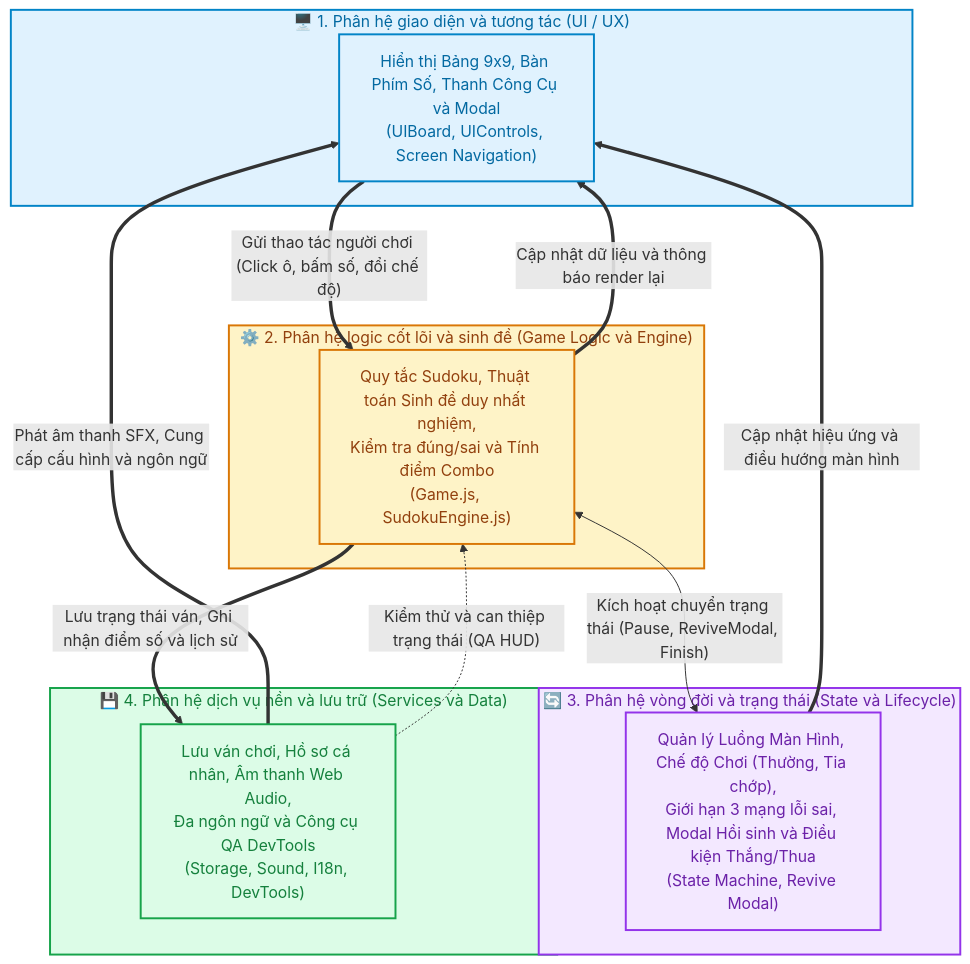
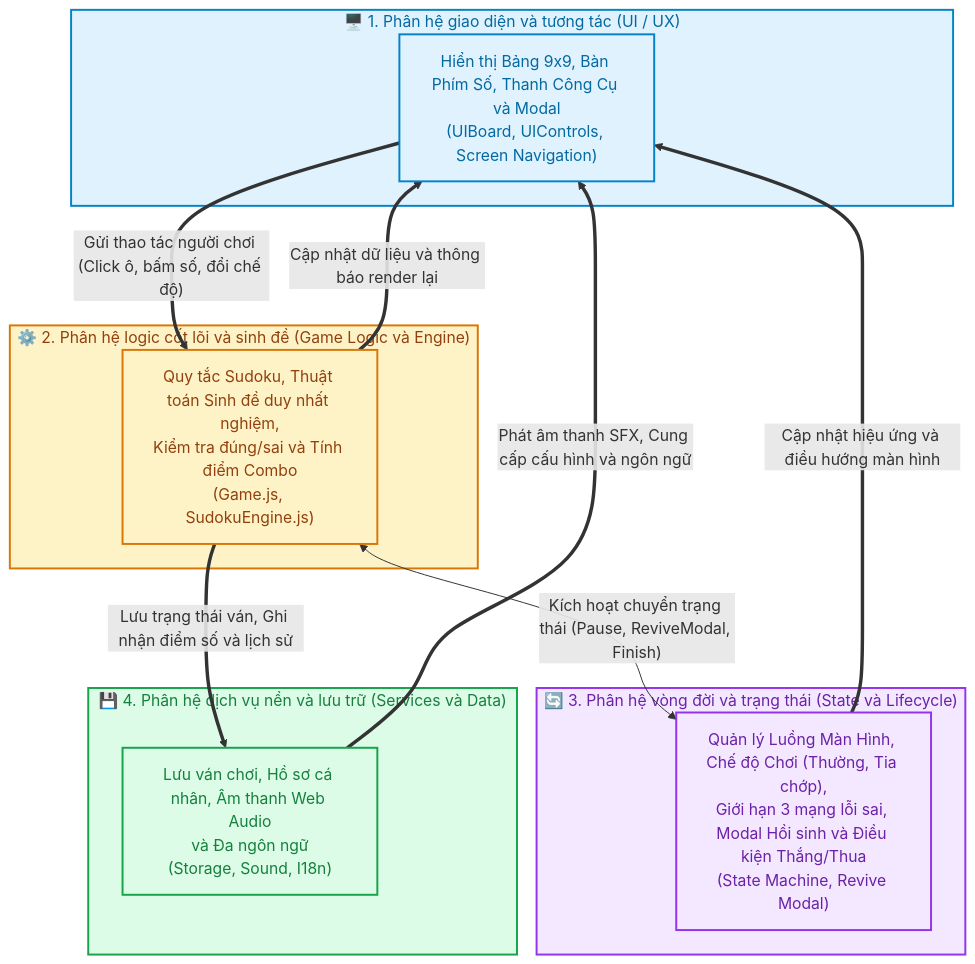
The diagram in docs/README.md (Jhanh/Sudoku_game), drawn with Mermaid before and after one commit. The commit also changed 3 other files, not shown here.

````diff
--- a/docs/README.md
+++ b/docs/README.md
@@ -13,39 +13,38 @@
 ```mermaid
 flowchart TB
     %% Định nghĩa màu sắc phân hệ
     classDef domainUI fill:#E0F2FE,stroke:#0284C7,stroke-width:2px,color:#0369A1;
     classDef domainLogic fill:#FEF3C7,stroke:#D97706,stroke-width:2px,color:#92400E;
     classDef domainState fill:#F3E8FF,stroke:#9333EA,stroke-width:2px,color:#6B21A8;
     classDef domainService fill:#DCFCE7,stroke:#16A34A,stroke-width:2px,color:#15803D;
 
     subgraph SUB_UI ["🖥️ 1. Phân hệ giao diện và tương tác (UI / UX)"]
         UI_BOX["Hiển thị Bảng 9x9, Bàn Phím Số, Thanh Công Cụ và Modal<br/>(UIBoard, UIControls, Screen Navigation)"]
     end
     class SUB_UI,UI_BOX domainUI;
 
     subgraph SUB_LOGIC ["⚙️ 2. Phân hệ logic cốt lõi và sinh đề (Game Logic và Engine)"]
         LOGIC_BOX["Quy tắc Sudoku, Thuật toán Sinh đề duy nhất nghiệm,<br/>Kiểm tra đúng/sai và Tính điểm Combo<br/>(Game.js, SudokuEngine.js)"]
     end
     class SUB_LOGIC,LOGIC_BOX domainLogic;
 
     subgraph SUB_STATE ["🔄 3. Phân hệ vòng đời và trạng thái (State và Lifecycle)"]
         STATE_BOX["Quản lý Luồng Màn Hình, Chế độ Chơi (Thường, Tia chớp),<br/>Giới hạn 3 mạng lỗi sai, Modal Hồi sinh và Điều kiện Thắng/Thua<br/>(State Machine, Revive Modal)"]
     end
     class SUB_STATE,STATE_BOX domainState;
 
     subgraph SUB_SERV ["💾 4. Phân hệ dịch vụ nền và lưu trữ (Services và Data)"]
-        SERV_BOX["Lưu ván chơi, Hồ sơ cá nhân, Âm thanh Web Audio,<br/>Đa ngôn ngữ và Công cụ QA DevTools<br/>(Storage, Sound, I18n, DevTools)"]
+        SERV_BOX["Lưu ván chơi, Hồ sơ cá nhân, Âm thanh Web Audio<br/>và Đa ngôn ngữ<br/>(Storage, Sound, I18n)"]
     end
     class SUB_SERV,SERV_BOX domainService;
 
     %% Luồng liên kết giữa các phân hệ
     UI_BOX ==>|"Gửi thao tác người chơi (Click ô, bấm số, đổi chế độ)"| LOGIC_BOX
     LOGIC_BOX ==>|"Cập nhật dữ liệu và thông báo render lại"| UI_BOX
 
     LOGIC_BOX <-->|"Kích hoạt chuyển trạng thái (Pause, ReviveModal, Finish)"| STATE_BOX
     STATE_BOX ==>|"Cập nhật hiệu ứng và điều hướng màn hình"| UI_BOX
 
     LOGIC_BOX ==>|"Lưu trạng thái ván, Ghi nhận điểm số và lịch sử"| SERV_BOX
     SERV_BOX ==>|"Phát âm thanh SFX, Cung cấp cấu hình và ngôn ngữ"| UI_BOX
-    SERV_BOX -. "Kiểm thử và can thiệp trạng thái (QA HUD)" .-> LOGIC_BOX
 ```
````
